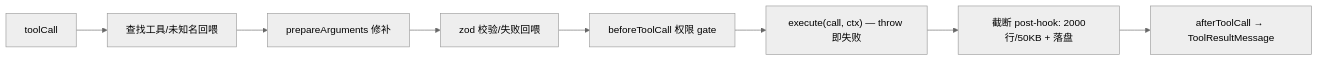
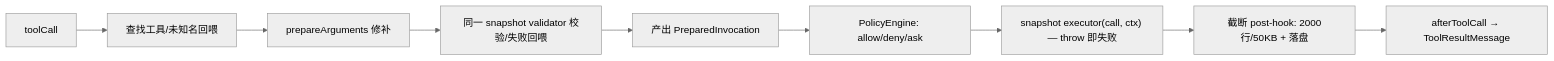
Before and after one commit to rita152/coda: the first of 2 diagrams in docs/07-tools.md, drawn with Mermaid (neutral theme). The commit also changed other lines of this file and 14 other files, not shown here.

````diff
--- a/docs/07-tools.md
+++ b/docs/07-tools.md
@@ -119,10 +668,11 @@
 ```mermaid
 flowchart LR
   A[toolCall] --> B[查找工具/未知名回喂]
   B --> C[prepareArguments 修补]
-  C --> D[zod 校验/失败回喂]
-  D --> E[beforeToolCall 权限 gate]
-  E --> F["execute(call, ctx) — throw 即失败"]
-  F --> G[截断 post-hook: 2000行/50KB + 落盘]
-  G --> H[afterToolCall → ToolResultMessage]
+  C --> D[同一 snapshot validator 校验/失败回喂]
+  D --> E[产出 PreparedInvocation]
+  E --> F[PolicyEngine: allow/deny/ask]
+  F --> G["snapshot executor(call, ctx) — throw 即失败"]
+  G --> H[截断 post-hook: 2000行/50KB + 落盘]
+  H --> I[afterToolCall → ToolResultMessage]
 ```
````
